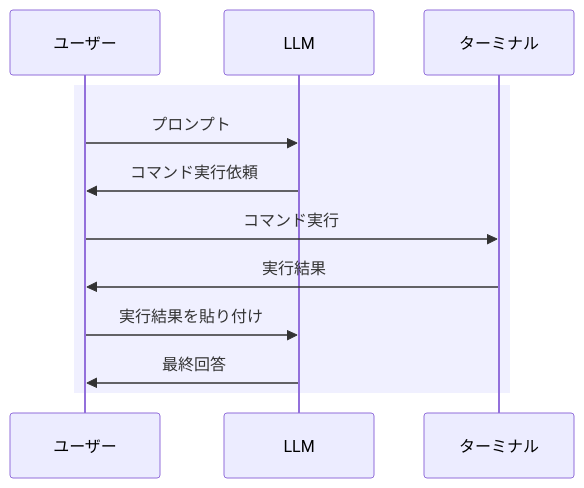
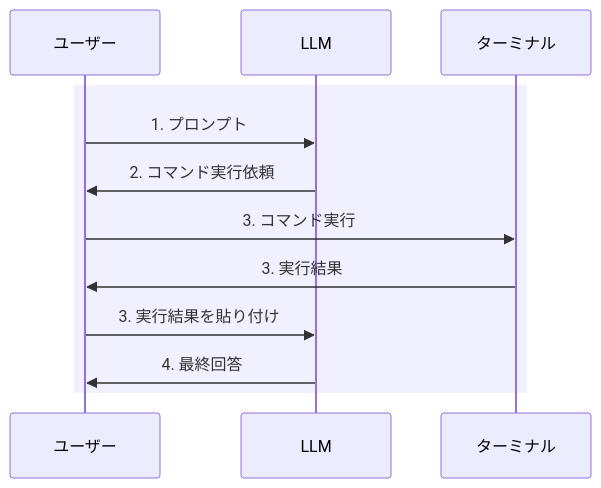
Before and after one commit to 7shi/zenn: the first of 2 diagrams in articles/20260310-llm-harness.md, drawn with Mermaid. The commit also changed other lines of this file, not shown here.

Commit message:
シーケンス図のプロンプトと実行結果の番号を修正

````diff
--- a/articles/20260310-llm-harness.md
+++ b/articles/20260310-llm-harness.md
@@ -35,15 +35,15 @@
 ```mermaid
 sequenceDiagram
     participant User as ユーザー
     participant LLM
     participant Terminal as ターミナル
     
     rect rgb(240, 240, 255)
-    User->>LLM: プロンプト
-    LLM->>User: コマンド実行依頼
-    User->>Terminal: コマンド実行
-    Terminal->>User: 実行結果
-    User->>LLM: 実行結果を貼り付け
-    LLM->>User: 最終回答
+    User->>LLM: 1. プロンプト
+    LLM->>User: 2. コマンド実行依頼
+    User->>Terminal: 3. コマンド実行
+    Terminal->>User: 3. 実行結果
+    User->>LLM: 3. 実行結果を貼り付け
+    LLM->>User: 4. 最終回答
     end
 ```
````
